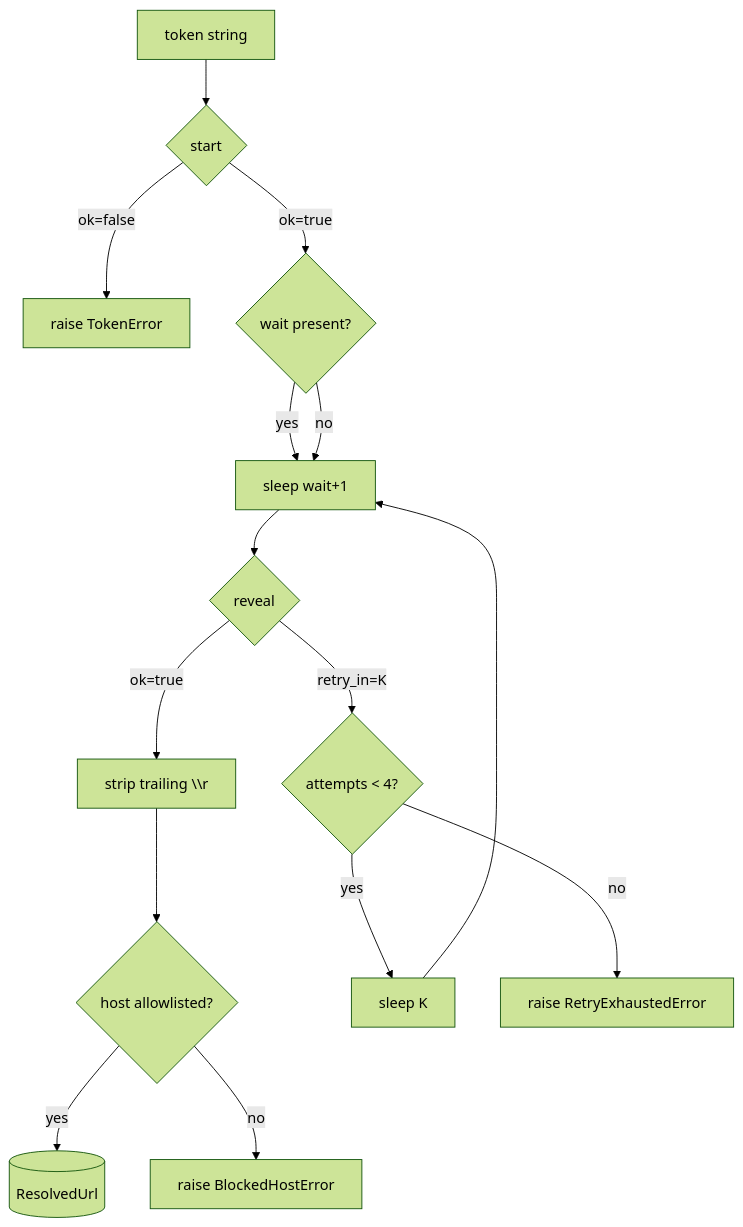
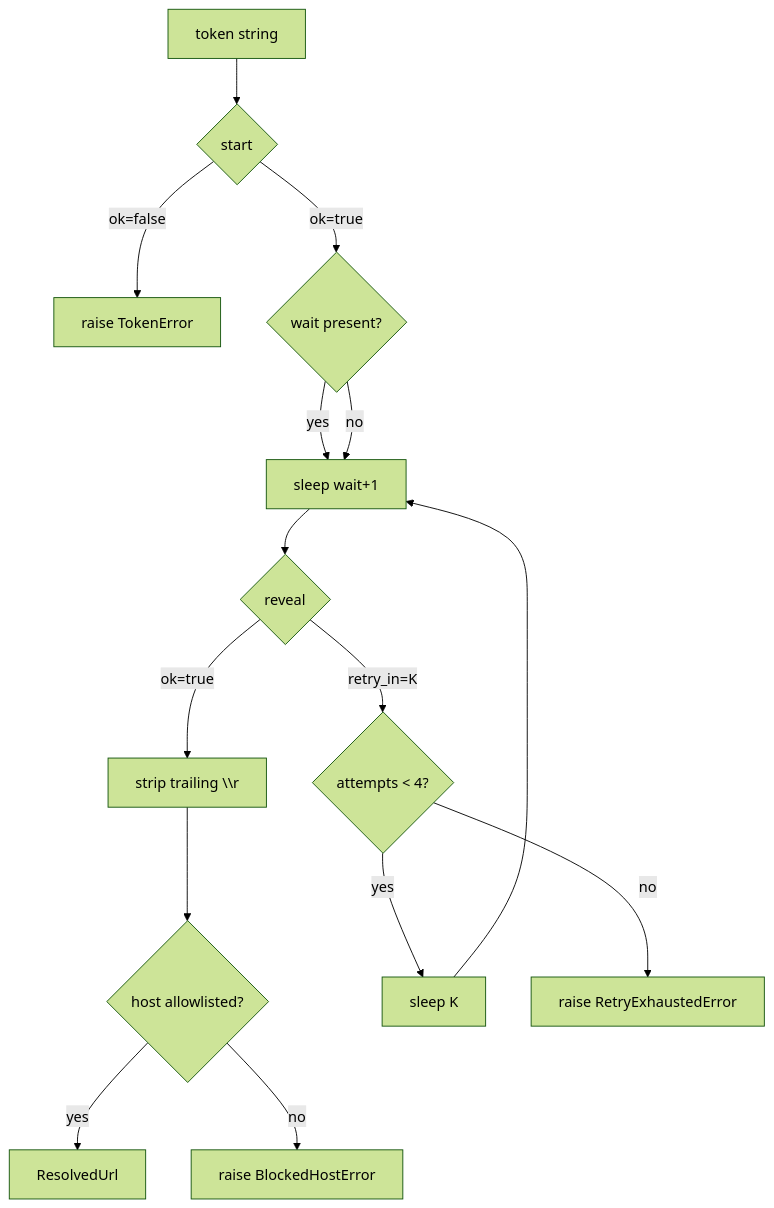
The diagram in .agents/agents/resolver/token-prober/token-prober.md (HELIX-Origin/LewdZone-Launcher), drawn with Mermaid (forest theme) before and after one commit. The commit also changed 35 other files, not shown here.

First line of the commit message:
🎨 fix(agents): make all mermaid diagrams Rule 09 compliant

````diff
--- a/.agents/agents/resolver/token-prober/token-prober.md
+++ b/.agents/agents/resolver/token-prober/token-prober.md
@@ -38,16 +38,16 @@
 ```mermaid
 flowchart TD
     A[token string] --> B{start}
     B -- ok=false --> X[raise TokenError]
     B -- ok=true --> C{wait present?}
     C -- yes --> D[sleep wait+1]
     C -- no --> D
     D --> E{reveal}
     E -- ok=true --> F[strip trailing \\r]
     F --> G{host allowlisted?}
-    G -- yes --> H[(ResolvedUrl)]
+    G -- yes --> H["ResolvedUrl"]
     G -- no --> Y[raise BlockedHostError]
     E -- retry_in=K --> I{attempts < 4?}
     I -- yes --> J[sleep K] --> D
     I -- no --> Z[raise RetryExhaustedError]
 ```
````
